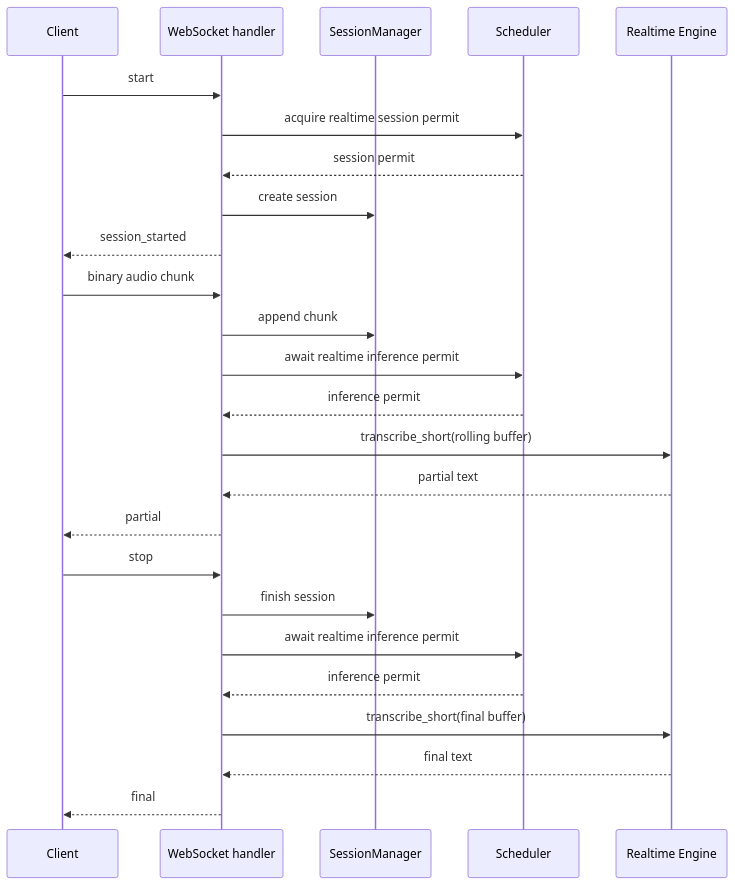
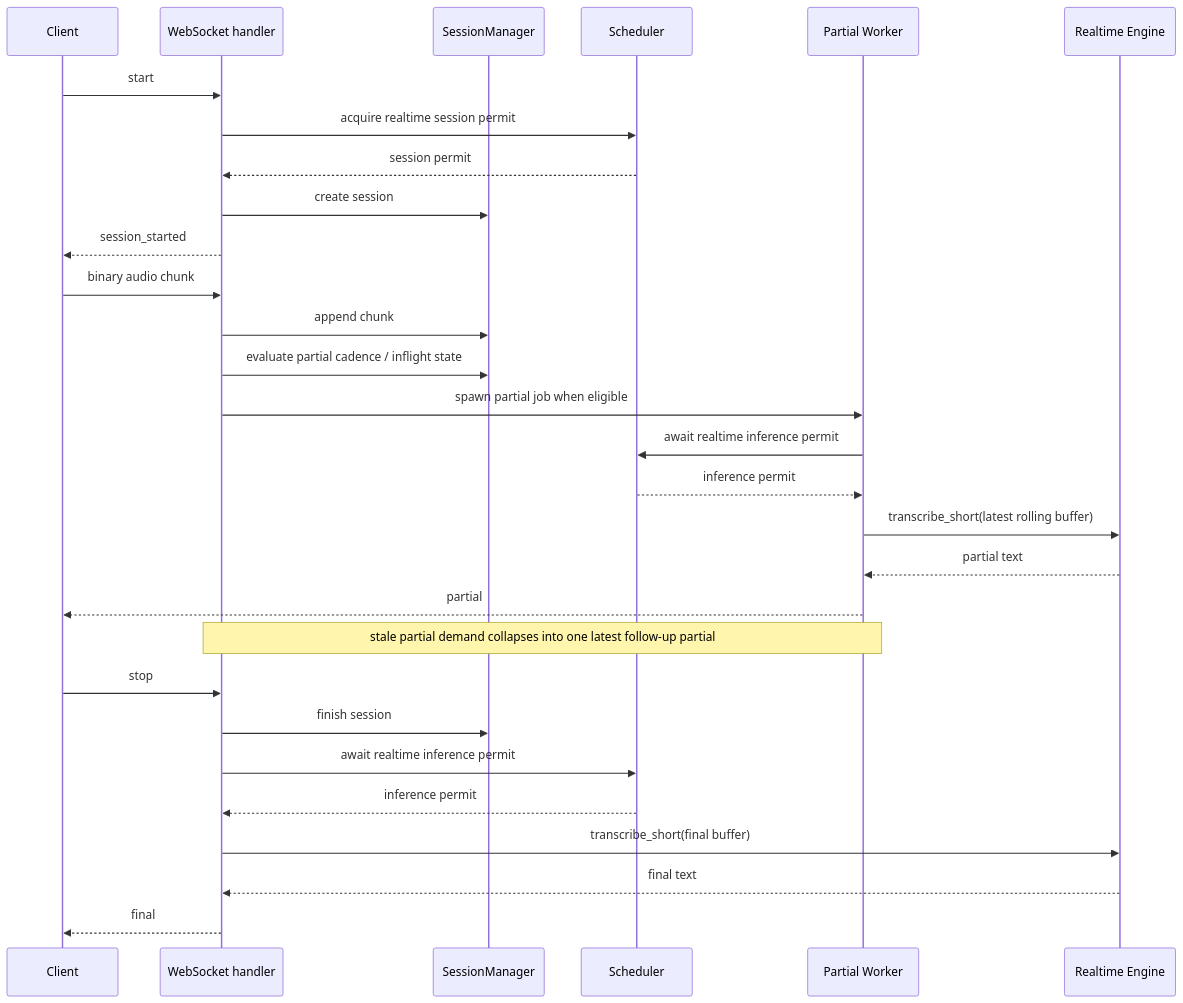
One commit to agent-axiom/aximo changed the third of 3 diagrams in docs/architecture.md. Above: the diagram before and after it, drawn with Mermaid. The commit also changed other lines of this file and 6 other files, not shown here.

Commit message:
Use latest-wins backpressure for realtime partials

````diff
--- a/docs/architecture.md
+++ b/docs/architecture.md
@@ -39,28 +39,32 @@
 ```mermaid
 sequenceDiagram
     participant C as Client
     participant W as WebSocket handler
     participant M as SessionManager
     participant S as Scheduler
+    participant P as Partial Worker
     participant E as Realtime Engine
 
     C->>W: start
     W->>S: acquire realtime session permit
     S-->>W: session permit
     W->>M: create session
     W-->>C: session_started
     C->>W: binary audio chunk
     W->>M: append chunk
-    W->>S: await realtime inference permit
-    S-->>W: inference permit
-    W->>E: transcribe_short(rolling buffer)
-    E-->>W: partial text
-    W-->>C: partial
+    W->>M: evaluate partial cadence / inflight state
+    W->>P: spawn partial job when eligible
+    P->>S: await realtime inference permit
+    S-->>P: inference permit
+    P->>E: transcribe_short(latest rolling buffer)
+    E-->>P: partial text
+    P-->>C: partial
+    Note over W,P: stale partial demand collapses into one latest follow-up partial
     C->>W: stop
     W->>M: finish session
     W->>S: await realtime inference permit
     S-->>W: inference permit
     W->>E: transcribe_short(final buffer)
     E-->>W: final text
     W-->>C: final
 ```
````
